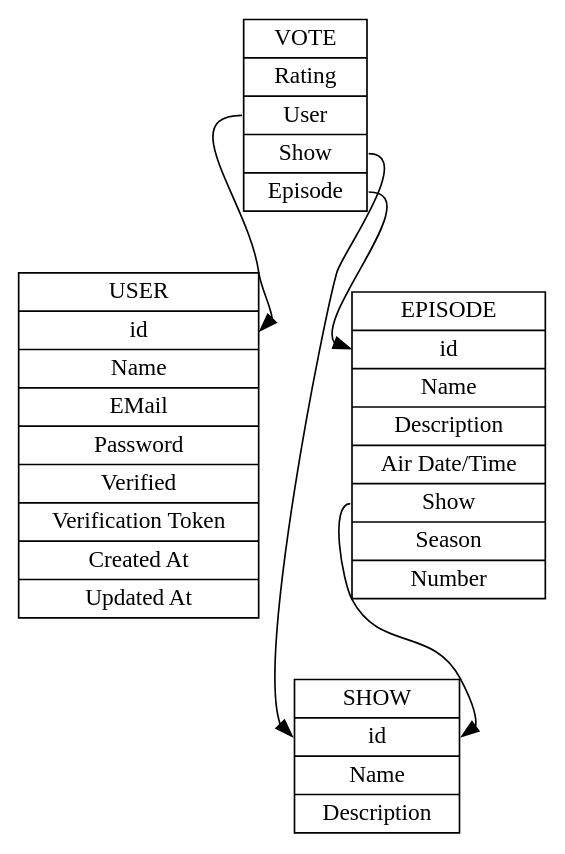
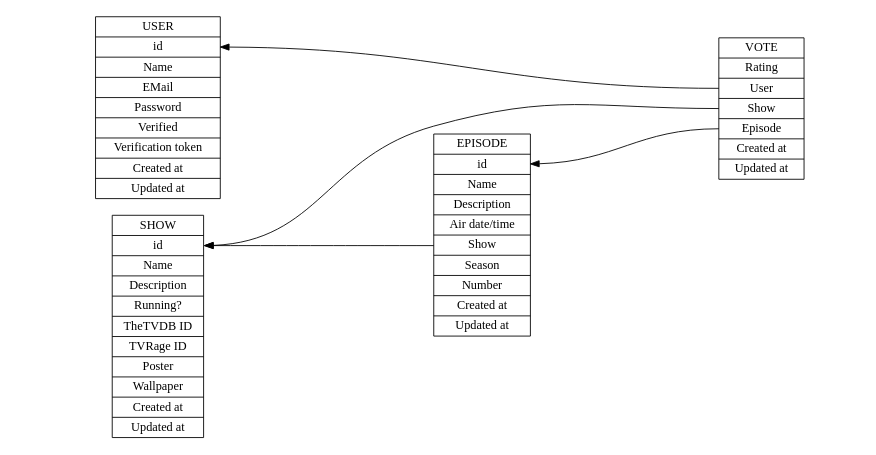
One commit to killercup/ef-bericht changed the diagram in src/illustrations/database-schema.dot. Above: the diagram before and after it, drawn with Graphviz. The commit also changed 21 other files, not shown here.

```diff
--- a/src/illustrations/database-schema.dot
+++ b/src/illustrations/database-schema.dot
@@ -1,17 +1,25 @@
 digraph "EpisodeFever Database Schema" {
-  nodesep = 0.25;
-  concentrate = true;
   node [shape=record];
+  rankdir = RL;
+  size = "7.0,3.5";
+  ratio = fill;
+  margin = 0.1;
 
-  User [label="{USER|<id> id|Name|EMail|Password|Verified|Verification Token|Created At|Updated At}"];
+  {
+    rank = same;
 
-  Show [label="{SHOW|<id> id|Name|Description}"];
+    User [label="USER|<id> id|Name|EMail|Password|Verified|Verification token|Created at|Updated at"];
 
-  Episode [label="{EPISODE|<id> id|Name|Description|Air Date/Time|<show_id> Show|Season|Number}"];
+    Show [label="SHOW|<id> id|Name|Description|Running?|TheTVDB ID|TVRage ID|Poster|Wallpaper|Created at|Updated at"];
+  }
+
+  Episode [label="EPISODE|<id> id|Name|Description|Air date/time|<show_id> Show|Season|Number|Created at|Updated at"];
+
+  Vote [label="VOTE|Rating|<user_id> User|<show_id> Show|<episode_id> Episode|Created at|Updated at"];
+
   Episode:show_id -> Show:id;
 
-  Vote [label="{VOTE|Rating|<user_id> User|<show_id> Show|<episode_id> Episode}"];
   Vote:user_id -> User:id;
   Vote:show_id -> Show:id;
   Vote:episode_id -> Episode:id;
 }
```
